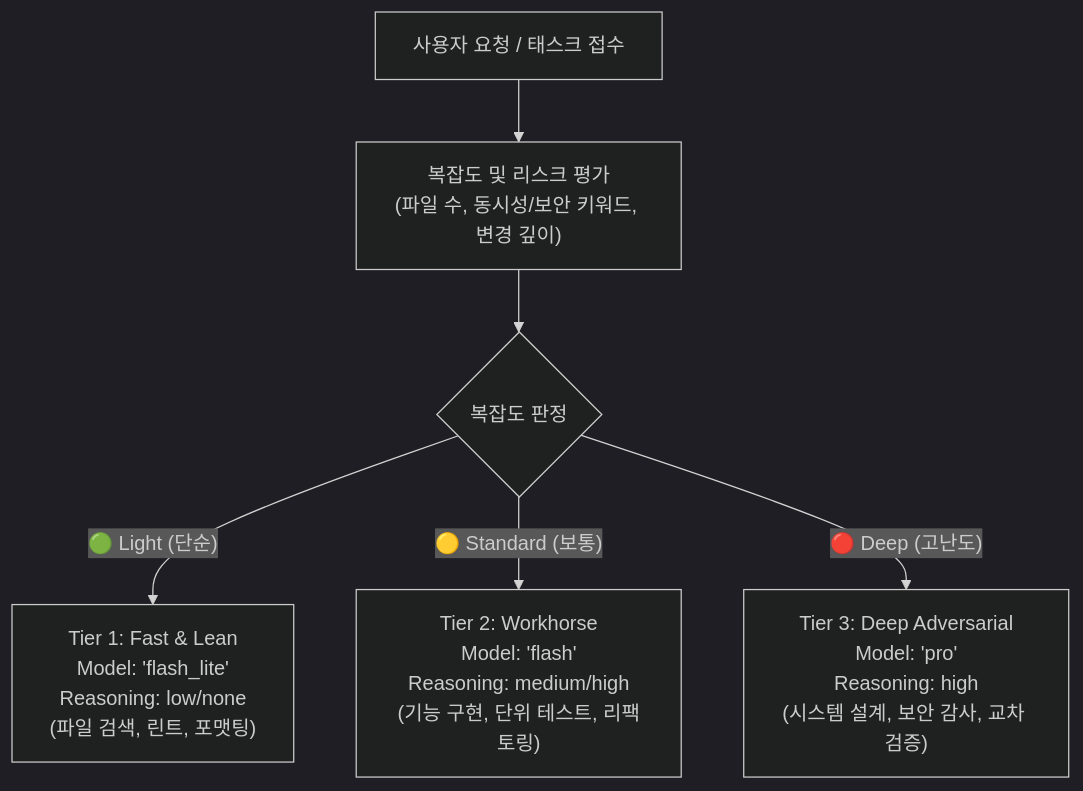
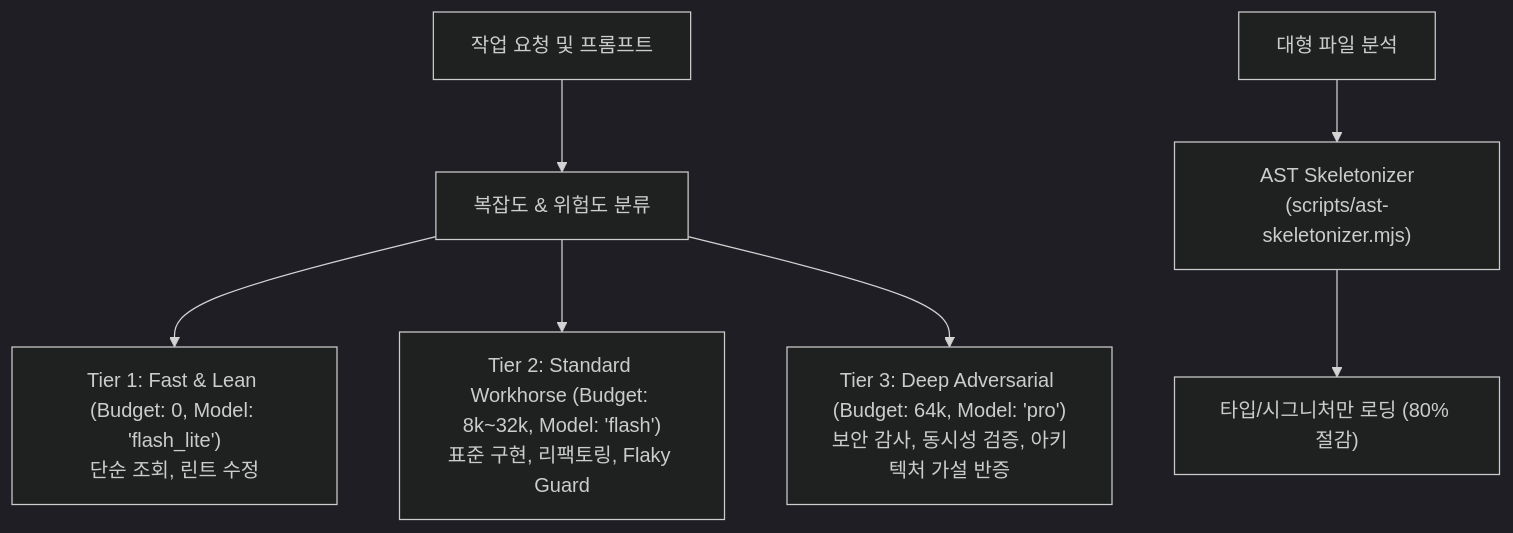
The diagram in shared-skills/skills/adaptive-reasoning/SKILL.md (daeryundf2-prog/LAZYANTIGRAVITY), drawn with Mermaid (dark theme) before and after one commit. The commit also changed other lines of this file and 35 other files, not shown here.

````diff
--- a/shared-skills/skills/adaptive-reasoning/SKILL.md
+++ b/shared-skills/skills/adaptive-reasoning/SKILL.md
@@ -10,8 +10,10 @@
 ```mermaid
 flowchart TD
-    Task["사용자 요청 / 태스크 접수"] --> Eval["복잡도 및 리스크 평가<br/>(파일 수, 동시성/보안 키워드, 변경 깊이)"]
-    Eval --> T1{"복잡도 판정"}
-    T1 -- "🟢 Light (단순)" --> Tier1["Tier 1: Fast & Lean<br/>Model: 'flash_lite'<br/>Reasoning: low/none<br/>(파일 검색, 린트, 포맷팅)"]
-    T1 -- "🟡 Standard (보통)" --> Tier2["Tier 2: Workhorse<br/>Model: 'flash'<br/>Reasoning: medium/high<br/>(기능 구현, 단위 테스트, 리팩토링)"]
-    T1 -- "🔴 Deep (고난도)" --> Tier3["Tier 3: Deep Adversarial<br/>Model: 'pro'<br/>Reasoning: high<br/>(시스템 설계, 보안 감사, 교차 검증)"]
+    Task["작업 요청 및 프롬프트"] --> Classify["복잡도 & 위험도 분류"]
+    Classify --> T1["Tier 1: Fast & Lean (Budget: 0, Model: 'flash_lite')<br/>단순 조회, 린트 수정"]
+    Classify --> T2["Tier 2: Standard Workhorse (Budget: 8k~32k, Model: 'flash')<br/>표준 구현, 리팩토링, Flaky Guard"]
+    Classify --> T3["Tier 3: Deep Adversarial (Budget: 64k, Model: 'pro')<br/>보안 감사, 동시성 검증, 아키텍처 가설 반증"]
+
+    File["대형 파일 분석"] --> Skele["AST Skeletonizer<br/>(scripts/ast-skeletonizer.mjs)"]
+    Skele --> Compress["타입/시그니처만 로딩 (80% 절감)"]
 ```
````
